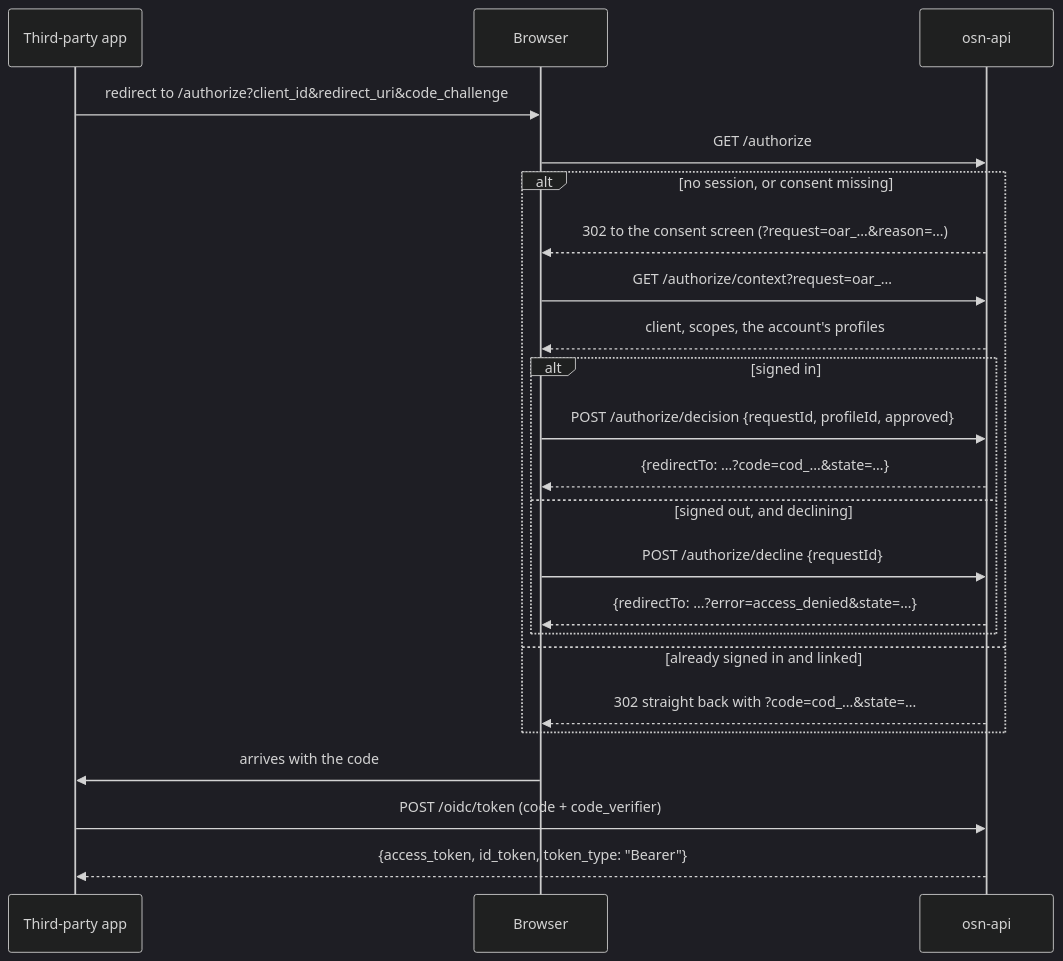
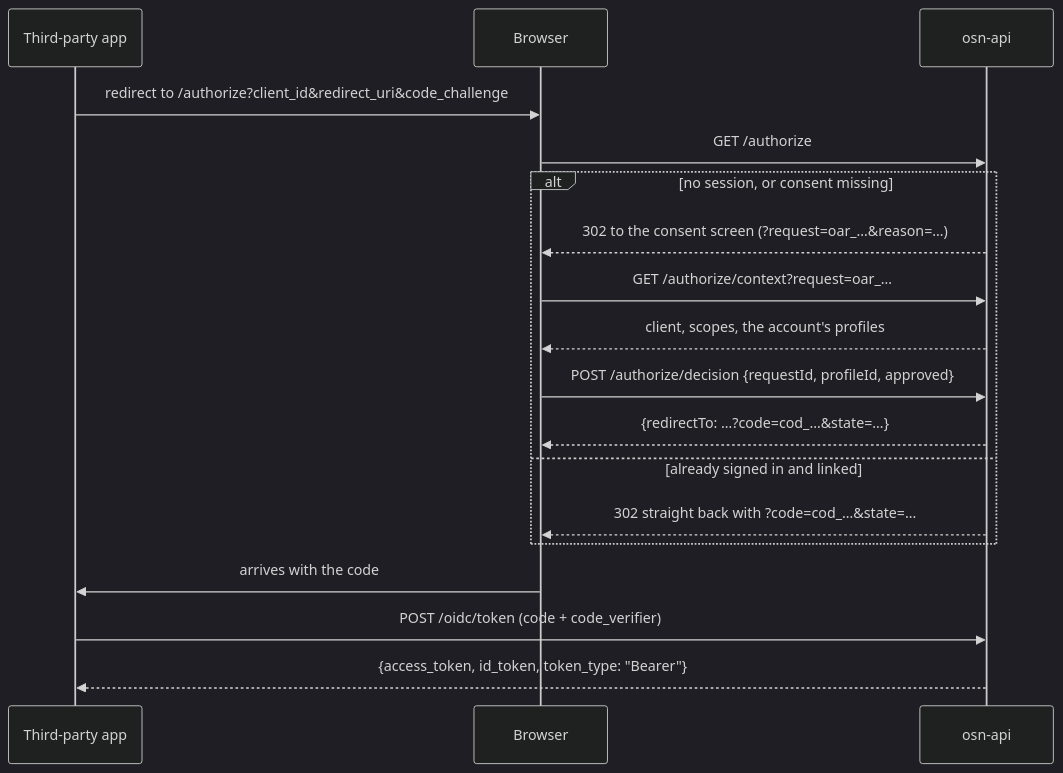
One commit to englishstreetventures/osn changed the diagram in wiki/osn/oidc-provider.md. Above: the diagram before and after it, drawn with Mermaid (dark theme).

Commit message:
Wiki: keep the OIDC flow diagram to the consent path
The endpoint table and the signed-out decline paragraph describe the
decline.

````diff
--- a/wiki/osn/oidc-provider.md
+++ b/wiki/osn/oidc-provider.md
@@ -46,25 +46,20 @@
 ```mermaid
 sequenceDiagram
   participant App as Third-party app
   participant B as Browser
   participant IdP as osn-api
   App->>B: redirect to /authorize?client_id&redirect_uri&code_challenge
   B->>IdP: GET /authorize
   alt no session, or consent missing
     IdP-->>B: 302 to the consent screen (?request=oar_…&reason=…)
     B->>IdP: GET /authorize/context?request=oar_…
     IdP-->>B: client, scopes, the account's profiles
-    alt signed in
-      B->>IdP: POST /authorize/decision {requestId, profileId, approved}
-      IdP-->>B: {redirectTo: …?code=cod_…&state=…}
-    else signed out, and declining
-      B->>IdP: POST /authorize/decline {requestId}
-      IdP-->>B: {redirectTo: …?error=access_denied&state=…}
-    end
+    B->>IdP: POST /authorize/decision {requestId, profileId, approved}
+    IdP-->>B: {redirectTo: …?code=cod_…&state=…}
   else already signed in and linked
     IdP-->>B: 302 straight back with ?code=cod_…&state=…
   end
   B->>App: arrives with the code
   App->>IdP: POST /oidc/token (code + code_verifier)
   IdP-->>App: {access_token, id_token, token_type: "Bearer"}
 ```
````
